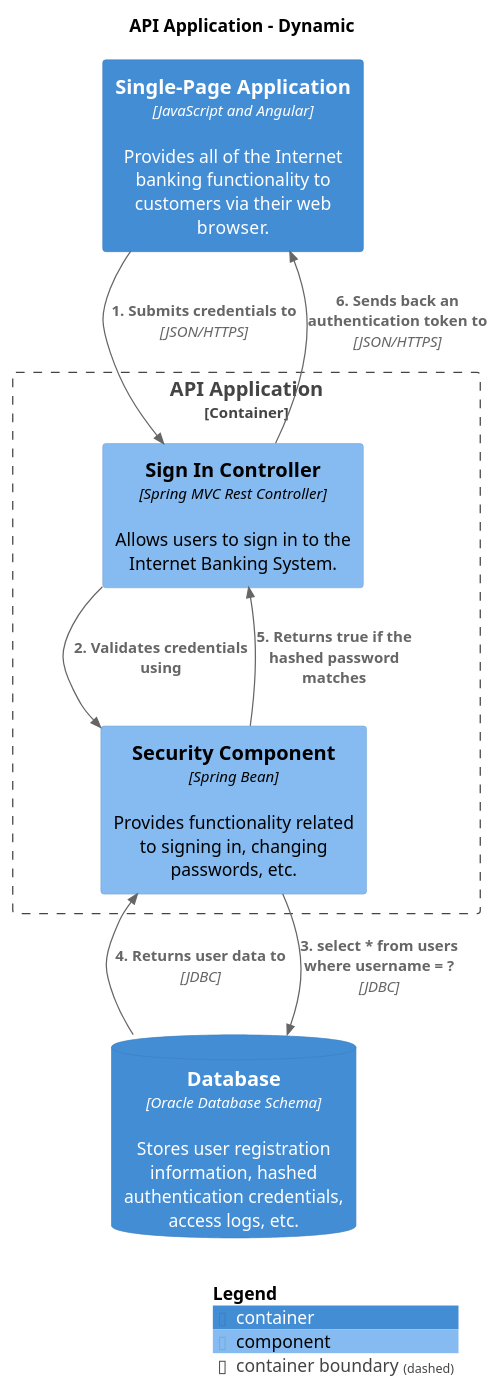
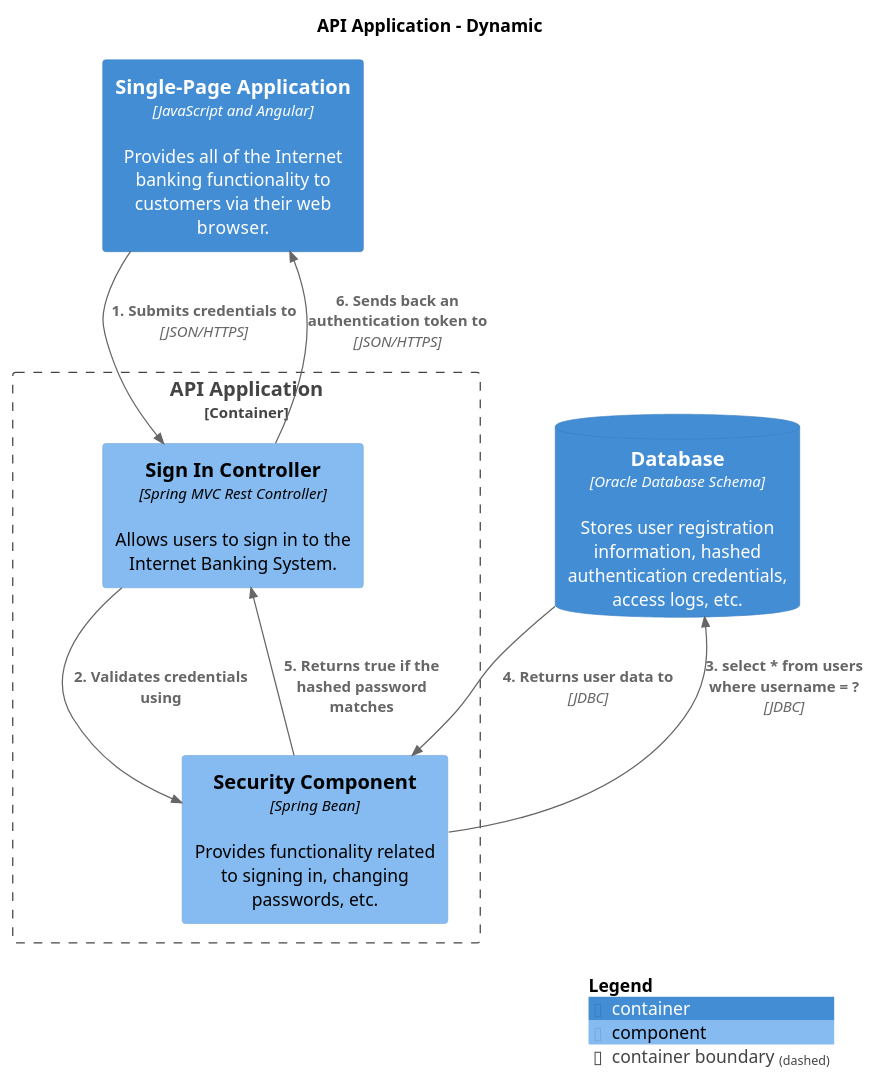
One commit to madetech/structurizr-template changed the diagram in main/puml/SignIn.puml. Above: the diagram before and after it, drawn with PlantUML. The commit also changed 97 other files, not shown here.

```diff
--- a/main/puml/SignIn.puml
+++ b/main/puml/SignIn.puml
@@ -1,28 +1,28 @@
 @startuml
 set separator none
 title API Application - Dynamic
 
 top to bottom direction
 
 !include <C4/C4>
 !include <C4/C4_Context>
 !include <C4/C4_Container>
 !include <C4/C4_Component>
 
 Container_Boundary("GovernmentDepartment.APIApplication_boundary", "API Application", $tags="") {
   Component(GovernmentDepartment.APIApplication.SignInController, "Sign In Controller", $techn="Spring MVC Rest Controller", $descr="Allows users to sign in to the Internet Banking System.", $tags="", $link="")
   Component(GovernmentDepartment.APIApplication.SecurityComponent, "Security Component", $techn="Spring Bean", $descr="Provides functionality related to signing in, changing passwords, etc.", $tags="", $link="")
 }
 
+Container(GovernmentDepartment.SinglePageApplication, "Single-Page Application", $techn="JavaScript and Angular", $descr="Provides all of the Internet banking functionality to customers via their web browser.", $tags="", $link="")
 ContainerDb(GovernmentDepartment.Database, "Database", $techn="Oracle Database Schema", $descr="Stores user registration information, hashed authentication credentials, access logs, etc.", $tags="", $link="")
-Container(GovernmentDepartment.SinglePageApplication, "Single-Page Application", $techn="JavaScript and Angular", $descr="Provides all of the Internet banking functionality to customers via their web browser.", $tags="", $link="")
 
-Rel_D(GovernmentDepartment.SinglePageApplication, GovernmentDepartment.APIApplication.SignInController, "1. Submits credentials to", $techn="JSON/HTTPS", $tags="", $link="")
-Rel_D(GovernmentDepartment.APIApplication.SignInController, GovernmentDepartment.APIApplication.SecurityComponent, "2. Validates credentials using", $techn="", $tags="", $link="")
-Rel_D(GovernmentDepartment.APIApplication.SecurityComponent, GovernmentDepartment.Database, "3. select * from users where username = ?", $techn="JDBC", $tags="", $link="")
-Rel_D(GovernmentDepartment.Database, GovernmentDepartment.APIApplication.SecurityComponent, "4. Returns user data to", $techn="JDBC", $tags="", $link="")
-Rel_D(GovernmentDepartment.APIApplication.SecurityComponent, GovernmentDepartment.APIApplication.SignInController, "5. Returns true if the hashed password matches", $techn="", $tags="", $link="")
-Rel_D(GovernmentDepartment.APIApplication.SignInController, GovernmentDepartment.SinglePageApplication, "6. Sends back an authentication token to", $techn="JSON/HTTPS", $tags="", $link="")
+Rel(GovernmentDepartment.SinglePageApplication, GovernmentDepartment.APIApplication.SignInController, "1. Submits credentials to", $techn="JSON/HTTPS", $tags="", $link="")
+Rel(GovernmentDepartment.APIApplication.SignInController, GovernmentDepartment.APIApplication.SecurityComponent, "2. Validates credentials using", $techn="", $tags="", $link="")
+Rel(GovernmentDepartment.APIApplication.SecurityComponent, GovernmentDepartment.Database, "3. select * from users where username = ?", $techn="JDBC", $tags="", $link="")
+Rel(GovernmentDepartment.Database, GovernmentDepartment.APIApplication.SecurityComponent, "4. Returns user data to", $techn="JDBC", $tags="", $link="")
+Rel(GovernmentDepartment.APIApplication.SecurityComponent, GovernmentDepartment.APIApplication.SignInController, "5. Returns true if the hashed password matches", $techn="", $tags="", $link="")
+Rel(GovernmentDepartment.APIApplication.SignInController, GovernmentDepartment.SinglePageApplication, "6. Sends back an authentication token to", $techn="JSON/HTTPS", $tags="", $link="")
 
 SHOW_LEGEND(true)
 @enduml
```
